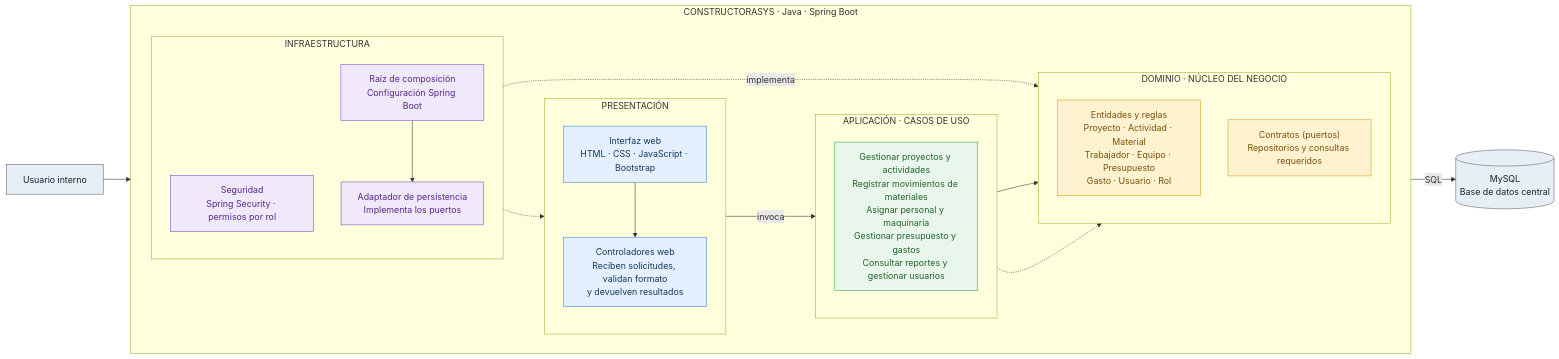
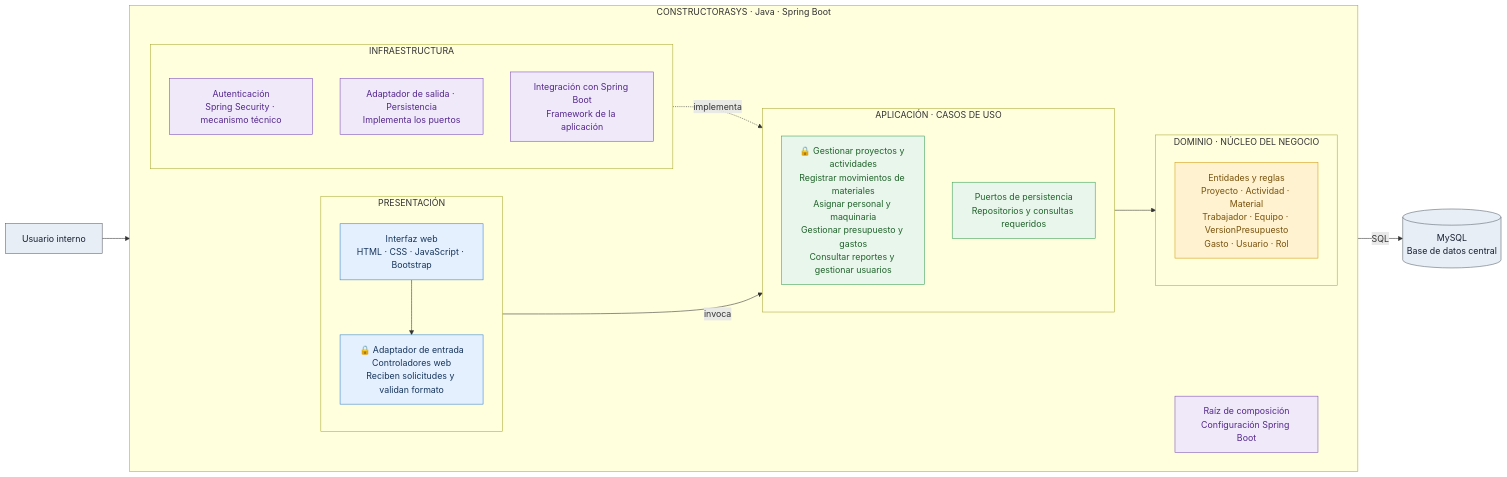
The diagram in img/fuentes/enfoque-clean-architecture.mmd (dostinarroyo/Constructora-arquitSoft-02-Dostin_Arroyo), drawn with Mermaid before and after one commit. The commit also changed 2 other files, not shown here.

Commit message:
Refine Clean Architecture diagram

```diff
--- a/img/fuentes/enfoque-clean-architecture.mmd
+++ b/img/fuentes/enfoque-clean-architecture.mmd
@@ -1,54 +1,51 @@
 flowchart LR
     user["Usuario interno"]
 
     subgraph app["CONSTRUCTORASYS · Java · Spring Boot"]
         direction LR
 
         subgraph presentation["PRESENTACIÓN"]
             direction TB
             web["Interfaz web<br/>HTML · CSS · JavaScript · Bootstrap"]
-            controller["Controladores web<br/>Reciben solicitudes, validan formato<br/>y devuelven resultados"]
+            controller["🔒 Adaptador de entrada<br/>Controladores web<br/>Reciben solicitudes y validan formato"]
             web --> controller
         end
 
         subgraph application["APLICACIÓN · CASOS DE USO"]
             direction TB
-            useCases["Gestionar proyectos y actividades<br/>Registrar movimientos de materiales<br/>Asignar personal y maquinaria<br/>Gestionar presupuesto y gastos<br/>Consultar reportes y gestionar usuarios"]
+            useCases["🔒 Gestionar proyectos y actividades<br/>Registrar movimientos de materiales<br/>Asignar personal y maquinaria<br/>Gestionar presupuesto y gastos<br/>Consultar reportes y gestionar usuarios"]
+            ports["Puertos de persistencia<br/>Repositorios y consultas requeridos"]
         end
 
         subgraph domain["DOMINIO · NÚCLEO DEL NEGOCIO"]
             direction TB
-            entities["Entidades y reglas<br/>Proyecto · Actividad · Material<br/>Trabajador · Equipo · Presupuesto<br/>Gasto · Usuario · Rol"]
-            ports["Contratos (puertos)<br/>Repositorios y consultas requeridos"]
+            entities["Entidades y reglas<br/>Proyecto · Actividad · Material<br/>Trabajador · Equipo · VersionPresupuesto<br/>Gasto · Usuario · Rol"]
         end
 
         subgraph infrastructure["INFRAESTRUCTURA"]
             direction TB
-            security["Seguridad<br/>Spring Security · permisos por rol"]
-            persistence["Adaptador de persistencia<br/>Implementa los puertos"]
-            composition["Raíz de composición<br/>Configuración Spring Boot"]
+            security["Autenticación<br/>Spring Security · mecanismo técnico"]
+            persistence["Adaptador de salida · Persistencia<br/>Implementa los puertos"]
+            framework["Integración con Spring Boot<br/>Framework de la aplicación"]
         end
+        composition["Raíz de composición<br/>Configuración Spring Boot"]
     end
 
     database[("MySQL<br/>Base de datos central")]
 
     user --> web
     controller -->|"invoca"| useCases
     useCases --> entities
-    useCases -.-> ports
     persistence -.->|"implementa"| ports
     persistence -->|"SQL"| database
-    composition --> persistence
-    security -.-> controller
-
     classDef presentationStyle fill:#e5f0ff,stroke:#3481d1,color:#17365d
     classDef applicationStyle fill:#e9f6ec,stroke:#39a052,color:#21632c
     classDef domainStyle fill:#fff2d1,stroke:#d39a11,color:#79520b
     classDef infrastructureStyle fill:#f0e9fa,stroke:#7b4bbc,color:#54288c
     classDef externalStyle fill:#e8eef5,stroke:#59616d,color:#172033
 
     class web,controller presentationStyle
-    class useCases applicationStyle
-    class entities,ports domainStyle
-    class security,persistence,composition infrastructureStyle
+    class useCases,ports applicationStyle
+    class entities domainStyle
+    class security,persistence,framework,composition infrastructureStyle
     class user,database externalStyle
```
